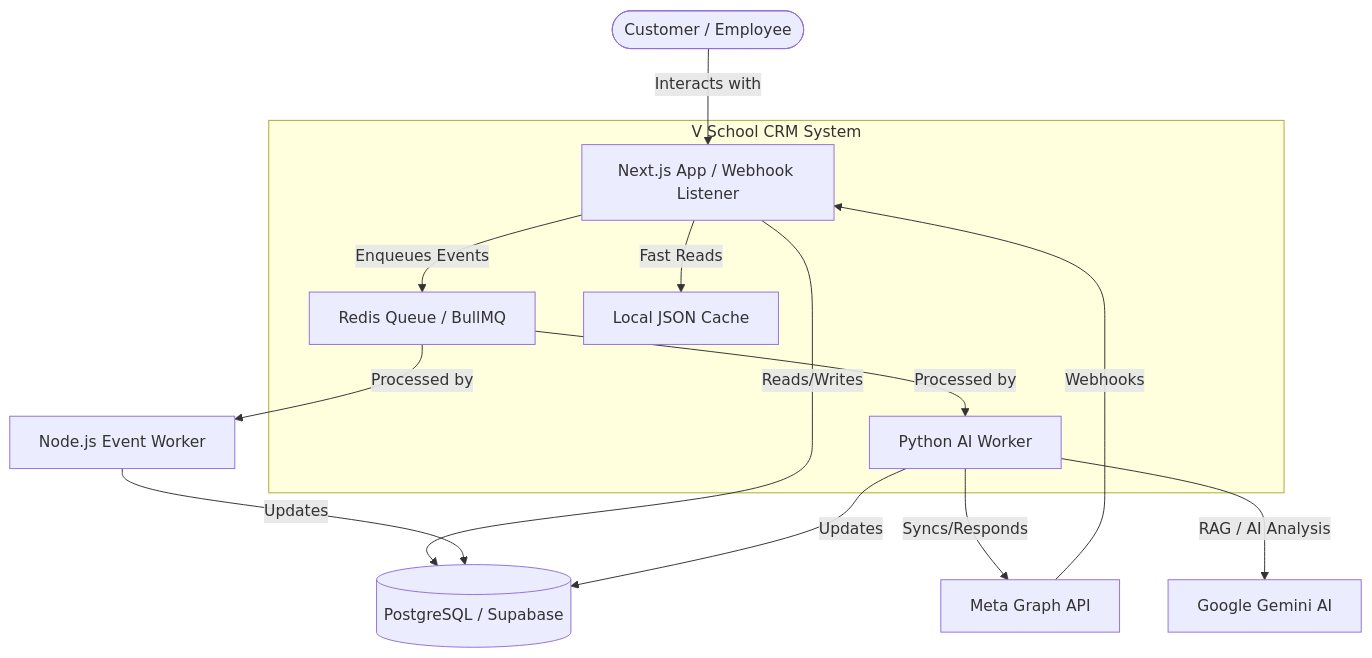
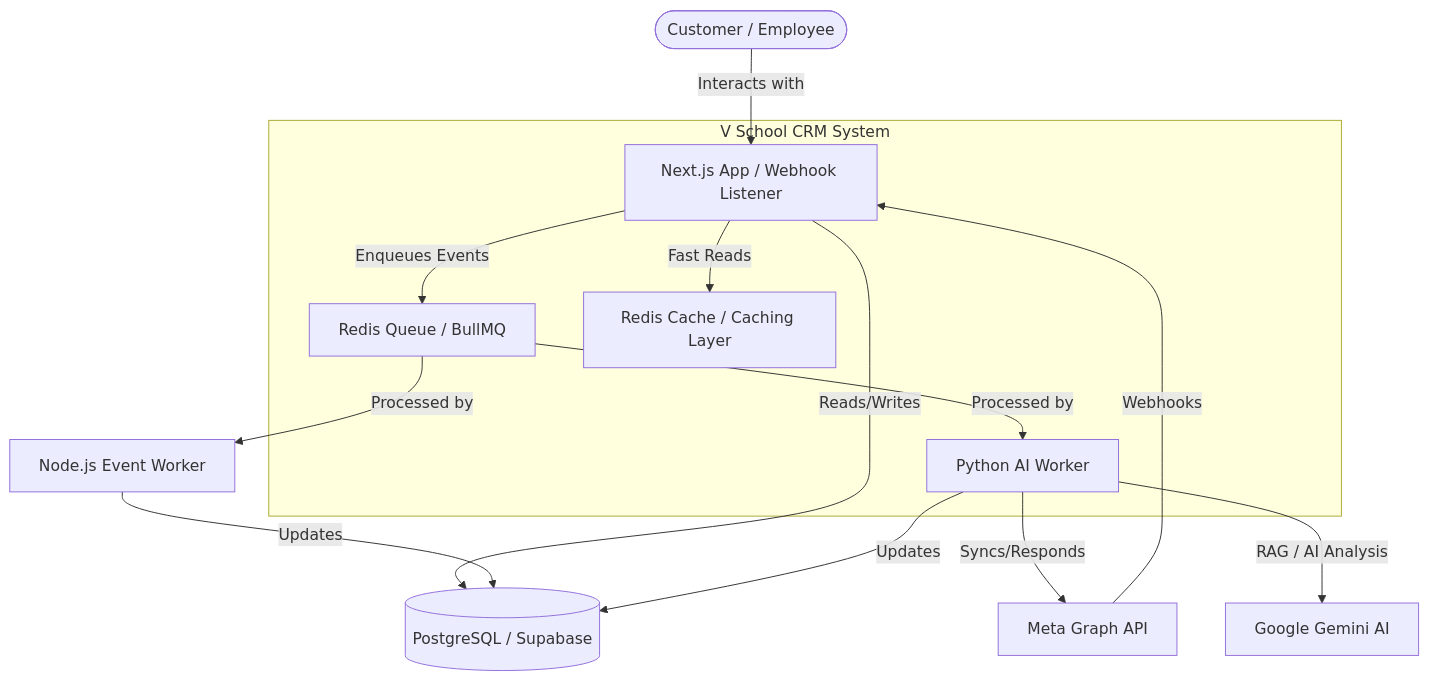
The second of 6 diagrams in docs/architecture/arc42-main.md (Freshair129/crmapp), drawn with Mermaid before and after one commit. The commit also changed other lines of this file and 18 other files, not shown here.

````diff
--- a/docs/architecture/arc42-main.md
+++ b/docs/architecture/arc42-main.md
@@ -59,29 +80,29 @@
 ```mermaid
 graph TD
     User([Customer / Employee])
     
     subgraph V_School_CRM_System [V School CRM System]
         Web_App[Next.js App / Webhook Listener]
         Python_Worker[Python AI Worker]
         Redis_Queue[Redis Queue / BullMQ]
-        JSON_Cache[Local JSON Cache]
+        Redis_Cache[Redis Cache / Caching Layer]
     end
 
     Supabase[(PostgreSQL / Supabase)]
     Meta[Meta Graph API]
     Gemini[Google Gemini AI]
 
     User -->|Interacts with| Web_App
     Web_App -->|Reads/Writes| Supabase
-    Web_App -->|Fast Reads| JSON_Cache
+    Web_App -->|Fast Reads| Redis_Cache
     Web_App -->|Enqueues Events| Redis_Queue
     Meta -->|Webhooks| Web_App
     
     Redis_Queue -->|Processed by| Python_Worker
     Redis_Queue -->|Processed by| Node_Worker[Node.js Event Worker]
     
     Node_Worker -->|Updates| Supabase
     Python_Worker -->|Syncs/Responds| Meta
     Python_Worker -->|RAG / AI Analysis| Gemini
     Python_Worker -->|Updates| Supabase
 ```
````
